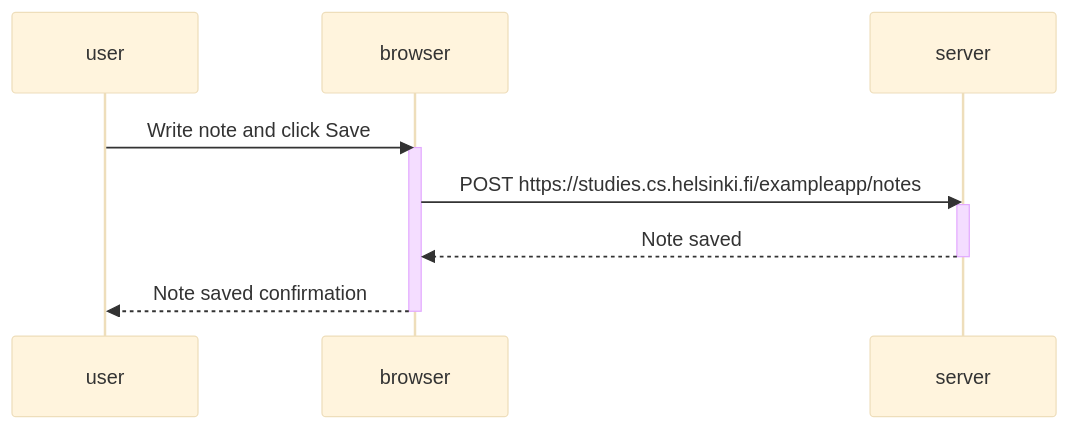
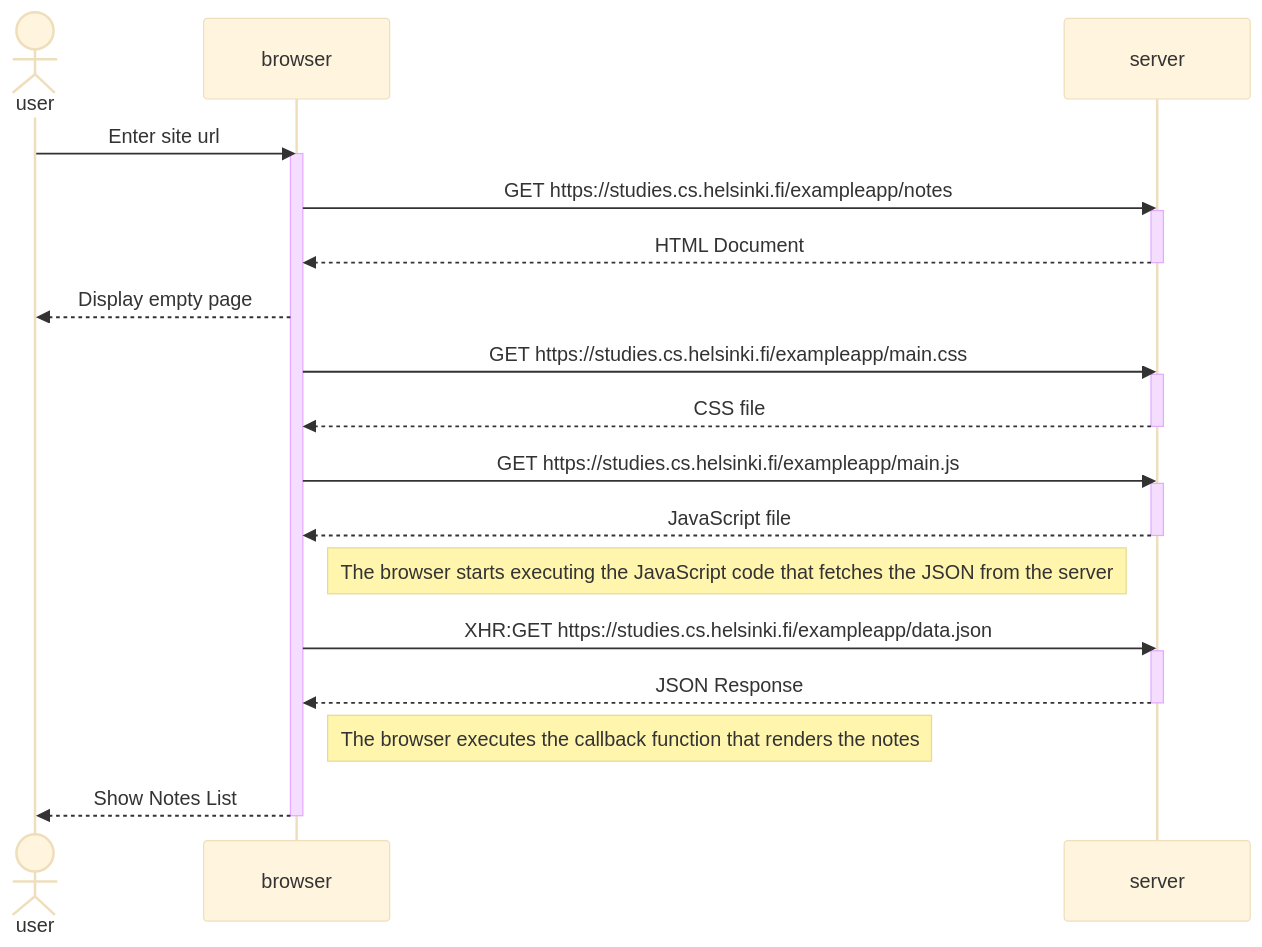
One commit to il4mb/fullstackopen changed the diagram in osa0/0.4.md. Above: the diagram before and after it, drawn with Mermaid (base theme). The commit also changed other lines of this file and 3 other files, not shown here.

````diff
--- a/osa0/0.4.md
+++ b/osa0/0.4.md
@@ -3,17 +3,40 @@
 ```mermaid
+
 sequenceDiagram
-    participant user
+    actor user
     participant browser
     participant server
 
-    user->>browser: Write note and click Save
+    user->>browser: Enter site url
     activate browser
 
-    browser->>server: POST https://studies.cs.helsinki.fi/exampleapp/notes
+    browser->>server: GET https://studies.cs.helsinki.fi/exampleapp/notes
     activate server
-    server-->>browser: Note saved
+    server-->>browser: HTML Document 
     deactivate server
 
-    browser-->>user: Note saved confirmation
+    browser-->>user: Display empty page
+
+    browser->>server: GET https://studies.cs.helsinki.fi/exampleapp/main.css
+    activate server
+    server-->>browser: CSS file 
+    deactivate server
+
+    browser->>server: GET https://studies.cs.helsinki.fi/exampleapp/main.js
+    activate server
+    server-->>browser: JavaScript file
+    deactivate server
+
+    Note right of browser: The browser starts executing the JavaScript code that fetches the JSON from the server
+
+    browser->>server: XHR:GET https://studies.cs.helsinki.fi/exampleapp/data.json 
+    activate server
+    server-->>browser: JSON Response
+    deactivate server
+
+    Note right of browser: The browser executes the callback function that renders the notes
+
+    browser-->>user: Show Notes List
     deactivate browser
+
 ```
````
